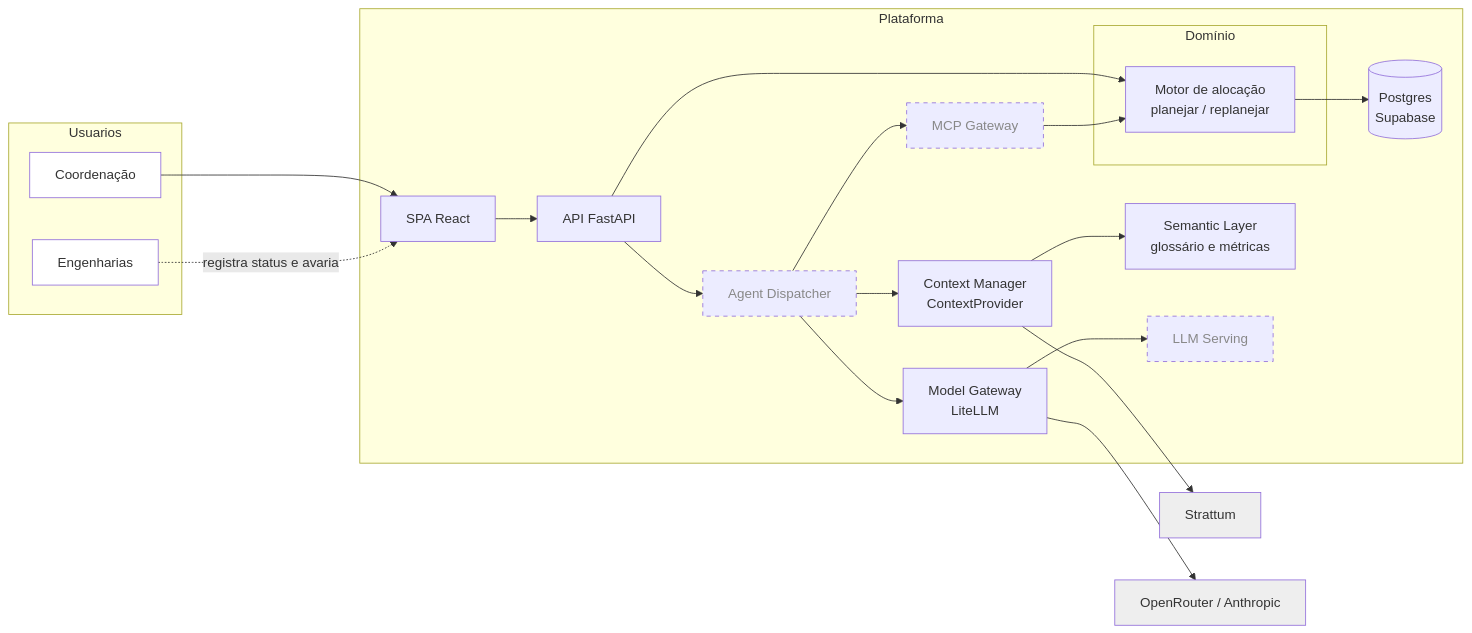
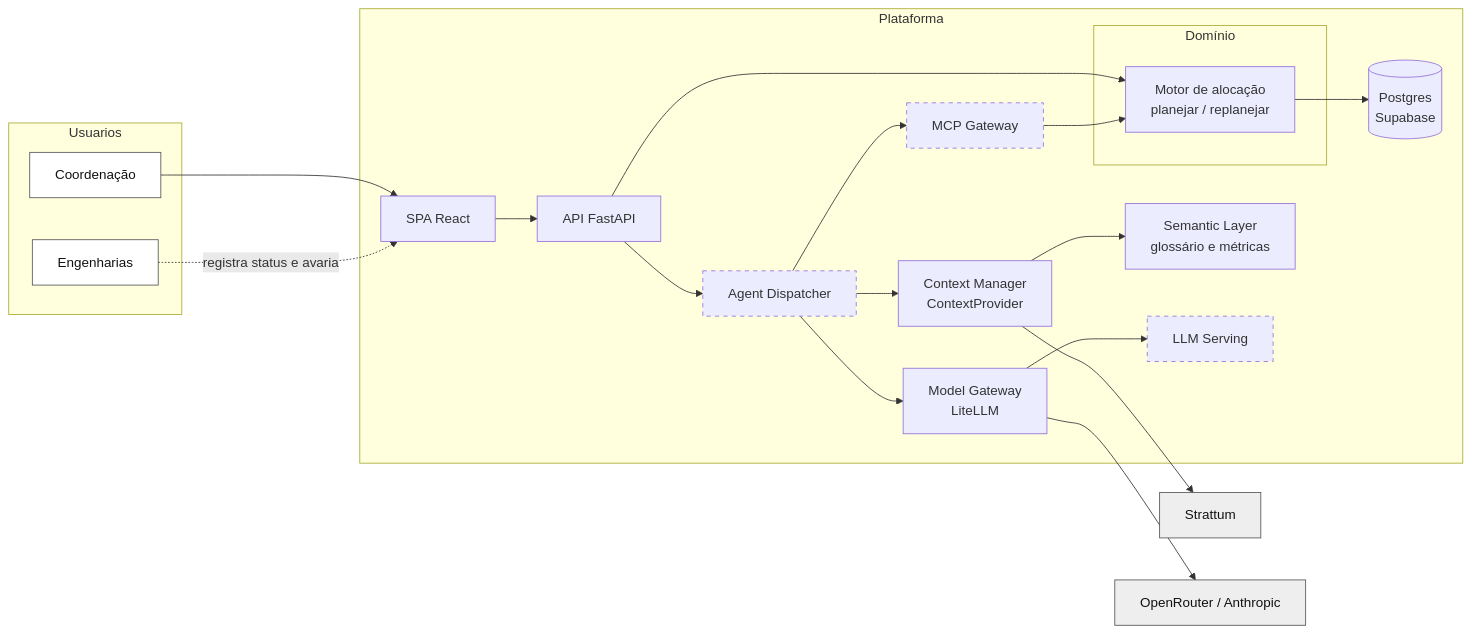
One commit to fior-dev/strattum-veloz-automotiva changed the diagram in SPEC.md. Above: the diagram before and after it, drawn with Mermaid. The commit also changed other lines of this file and 33 other files, not shown here.

````diff
--- a/SPEC.md
+++ b/SPEC.md
@@ -39,34 +43,34 @@
 ```mermaid
 flowchart LR
   subgraph Usuarios
     C[Coordenação]:::u
     E[Engenharias]:::u
   end
   subgraph Plataforma
     SPA[SPA React]
     API[API FastAPI]
     subgraph Nucleo[Domínio]
       M[Motor de alocação<br/>planejar / replanejar]
     end
     AD[Agent Dispatcher]:::r
     MCP[MCP Gateway]:::r
     MG[Model Gateway<br/>LiteLLM]
     SL[Semantic Layer<br/>glossário e métricas]
     CM[Context Manager<br/>ContextProvider]
     DB[(Postgres<br/>Supabase)]
     LS[LLM Serving]:::r
   end
   ST[Strattum]:::ext
   OR[OpenRouter / Anthropic]:::ext
   C --> SPA --> API --> M
   E -. registra status e avaria .-> SPA
   API --> AD --> MCP --> M
   AD --> MG --> OR
   MG --> LS
   AD --> CM --> ST
   CM --> SL
   M --> DB
-  classDef r stroke-dasharray: 5 5,color:#888
-  classDef ext fill:#eee
-  classDef u fill:#fff
+  classDef r stroke-dasharray: 5 5
+  classDef ext fill:#eeeeee,color:#111111,stroke:#555555
+  classDef u fill:#ffffff,color:#111111,stroke:#555555
 ```
````
